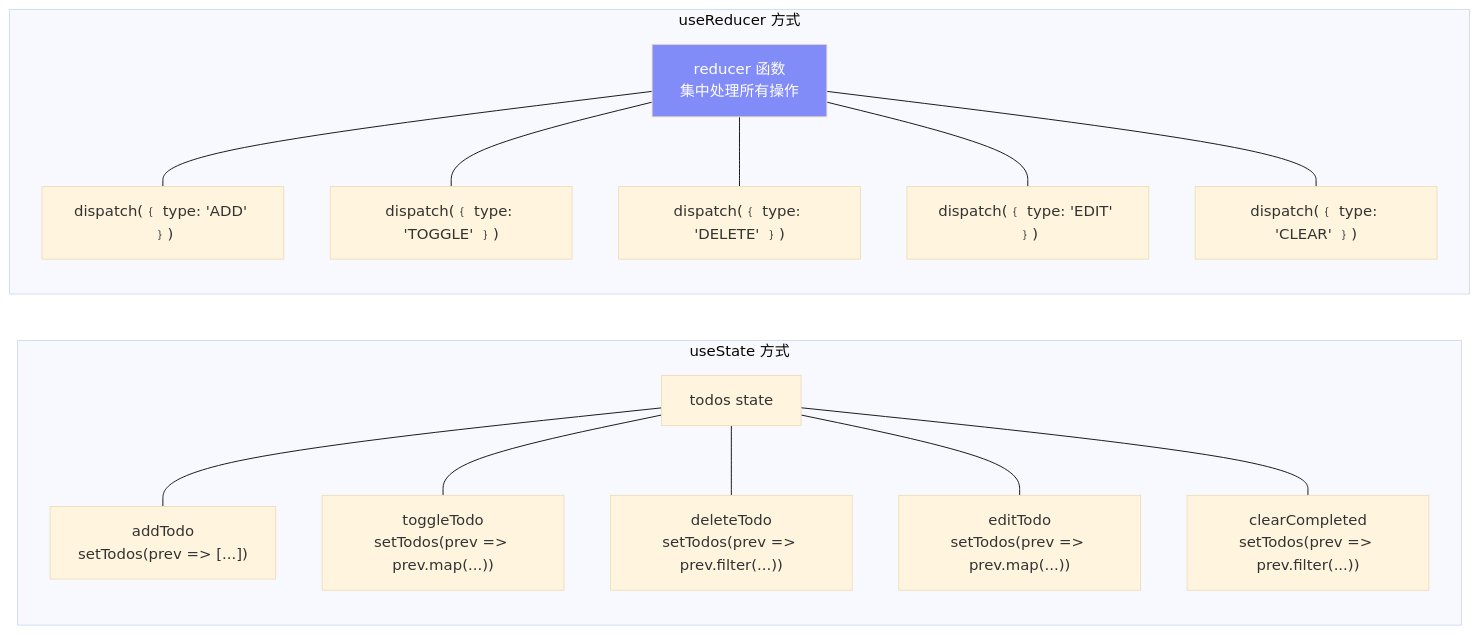
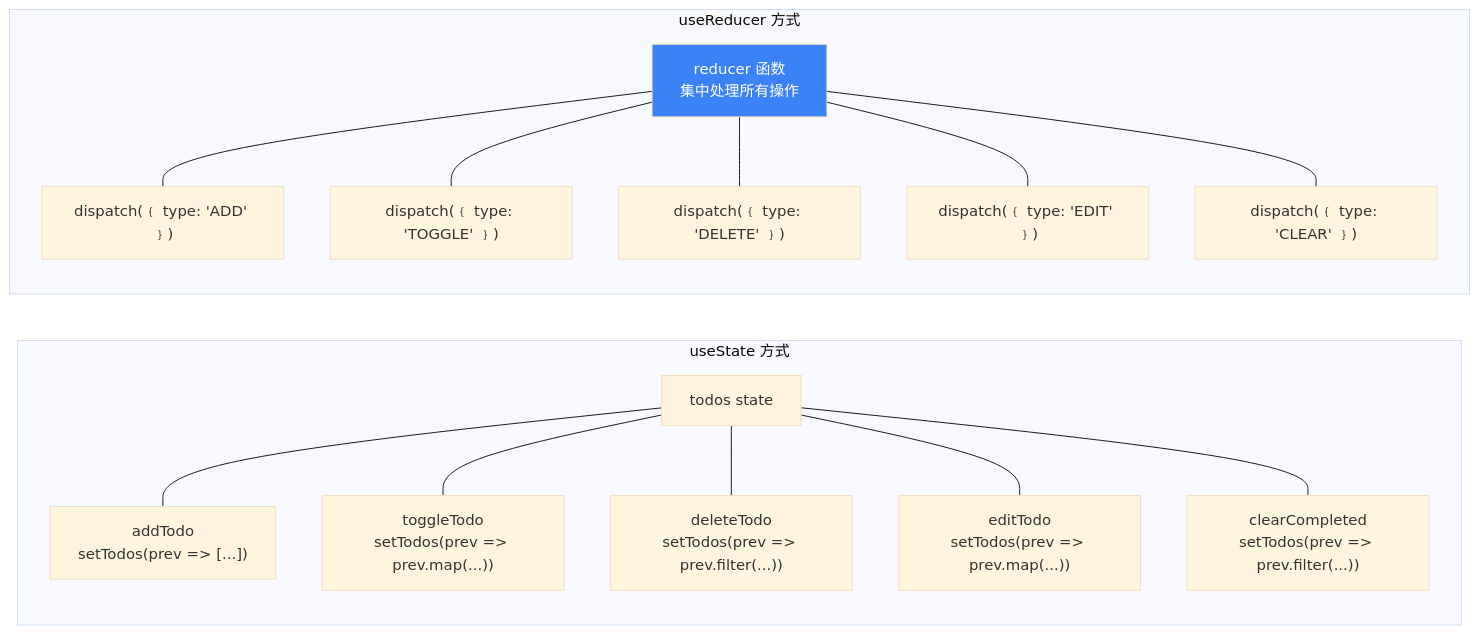
The first of 7 diagrams in docs/Lesson_06.md (boltguo/react_learn), drawn with Mermaid (base theme) before and after one commit. The commit also changed other lines of this file and 31 other files, not shown here.

Commit message:
docs: 统一Mermaid术语与配色层级

````diff
--- a/docs/Lesson_06.md
+++ b/docs/Lesson_06.md
@@ -23,22 +35,22 @@
 ```mermaid
 flowchart LR
     subgraph "useState 方式"
         S["todos state"]
         S --- A1["addTodo<br/>setTodos(prev => [...])"]
         S --- A2["toggleTodo<br/>setTodos(prev => prev.map(...))"]
         S --- A3["deleteTodo<br/>setTodos(prev => prev.filter(...))"]
         S --- A4["editTodo<br/>setTodos(prev => prev.map(...))"]
         S --- A5["clearCompleted<br/>setTodos(prev => prev.filter(...))"]
     end
 
     subgraph "useReducer 方式"
         R["reducer 函数<br/>集中处理所有操作"]
         R --- D["dispatch(﹛ type: 'ADD' ﹜)"]
         R --- E["dispatch(﹛ type: 'TOGGLE' ﹜)"]
         R --- F["dispatch(﹛ type: 'DELETE' ﹜)"]
         R --- G["dispatch(﹛ type: 'EDIT' ﹜)"]
         R --- H["dispatch(﹛ type: 'CLEAR' ﹜)"]
     end
     
-    style R fill:#818cf8,color:#fff
+    style R fill:#3b82f6,color:#fff
 ```
````
